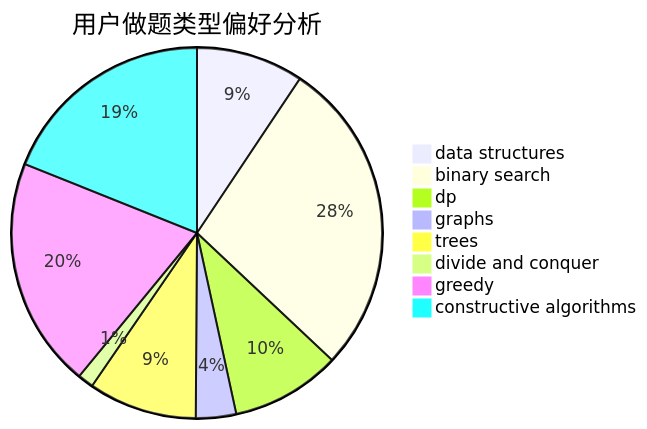
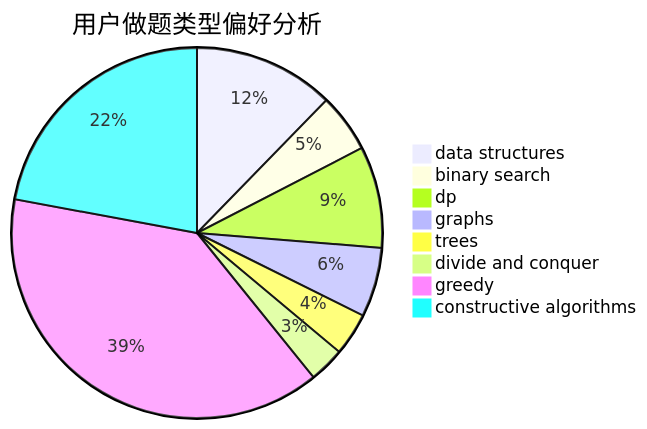
The second of 3 diagrams in docs/user/u1531.md (sherpahu/cfrs.github.io), drawn with Mermaid before and after one commit. The commit also changed other lines of this file and 2770 other files, not shown here.

````diff
--- a/docs/user/u1531.md
+++ b/docs/user/u1531.md
@@ -23,11 +23,11 @@
 ```mermaid
 pie title 用户做题类型偏好分析
-    "data structures" :  88
-    "binary search" :  260
-    "dp" :  90
-    "graphs" :  33
-    "trees" :  89
-    "divide and conquer" :  13
-    "greedy" :  189
-    "constructive algorithms" :  178
+    "data structures" :  79
+    "binary search" :  33
+    "dp" :  57
+    "graphs" :  39
+    "trees" :  24
+    "divide and conquer" :  20
+    "greedy" :  249
+    "constructive algorithms" :  142
 ```
````
